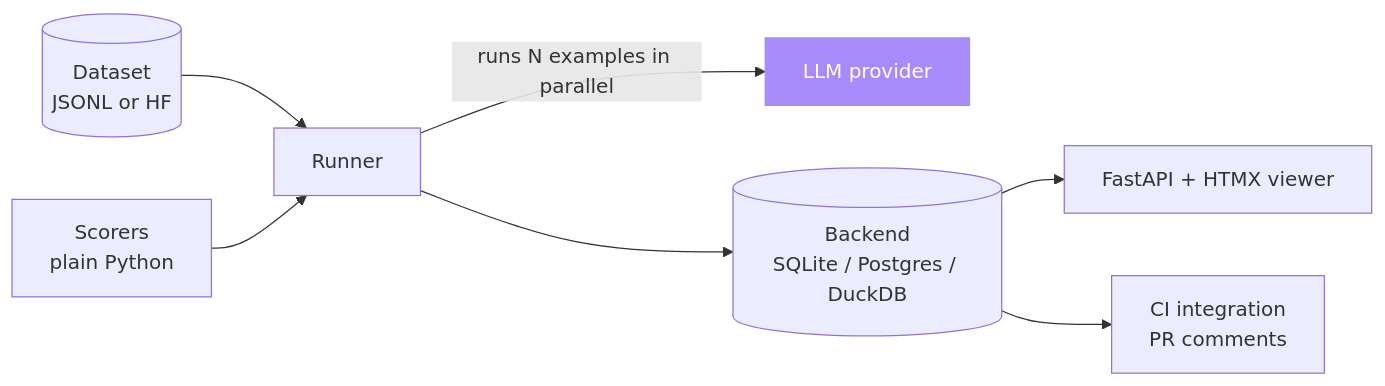
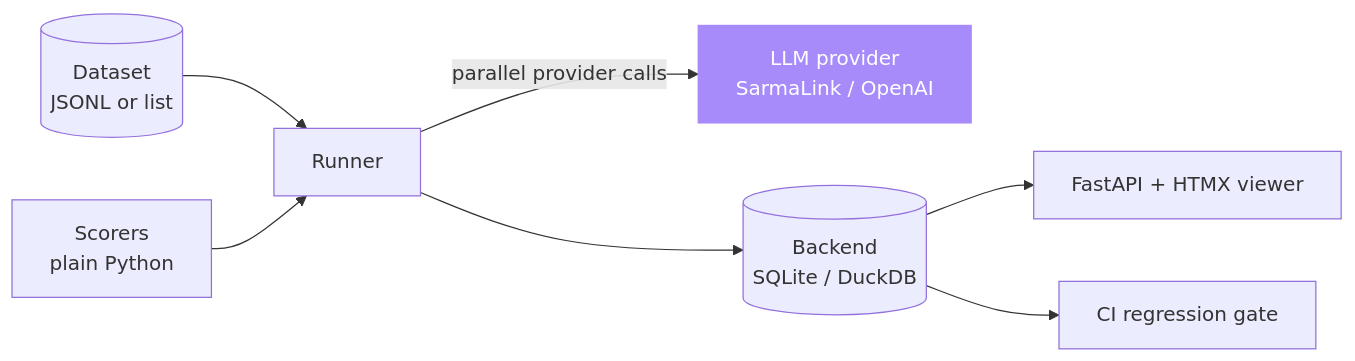
Before and after one commit to sarmakska/ai-eval-runner: the diagram in README.md, drawn with Mermaid. The commit also changed other lines of this file, not shown here.

````diff
--- a/README.md
+++ b/README.md
@@ -30,12 +65,12 @@
 ```mermaid
 graph LR
-  D[(Dataset<br/>JSONL or HF)] --> R[Runner]
+  D[(Dataset<br/>JSONL or list)] --> R[Runner]
   S[Scorers<br/>plain Python] --> R
-  R -->|runs N examples in parallel| L[LLM provider]
-  R --> B[(Backend<br/>SQLite / Postgres / DuckDB)]
+  R -->|parallel provider calls| L[LLM provider<br/>SarmaLink / OpenAI]
+  R --> B[(Backend<br/>SQLite / DuckDB)]
   B --> V[FastAPI + HTMX viewer]
-  B --> CI[CI integration<br/>PR comments]
+  B --> CI[CI regression gate]
 
   classDef ext fill:#a78bfa,stroke:#a78bfa,color:#fff
   class L ext
 ```
````
